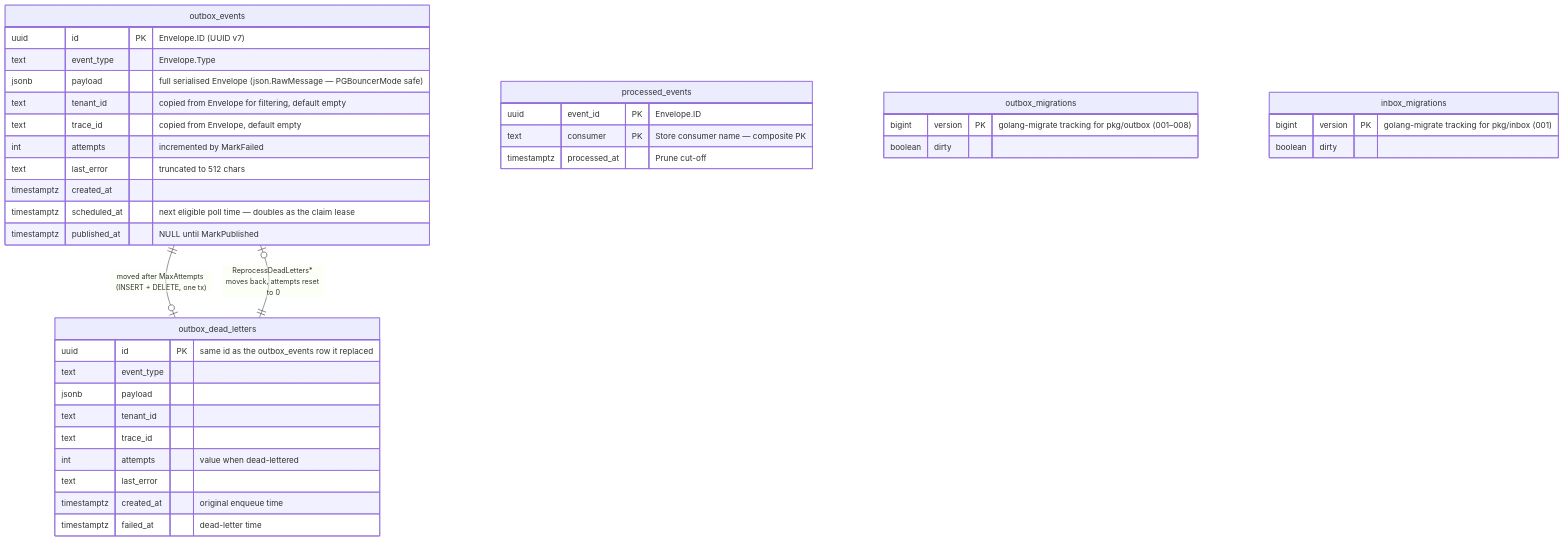
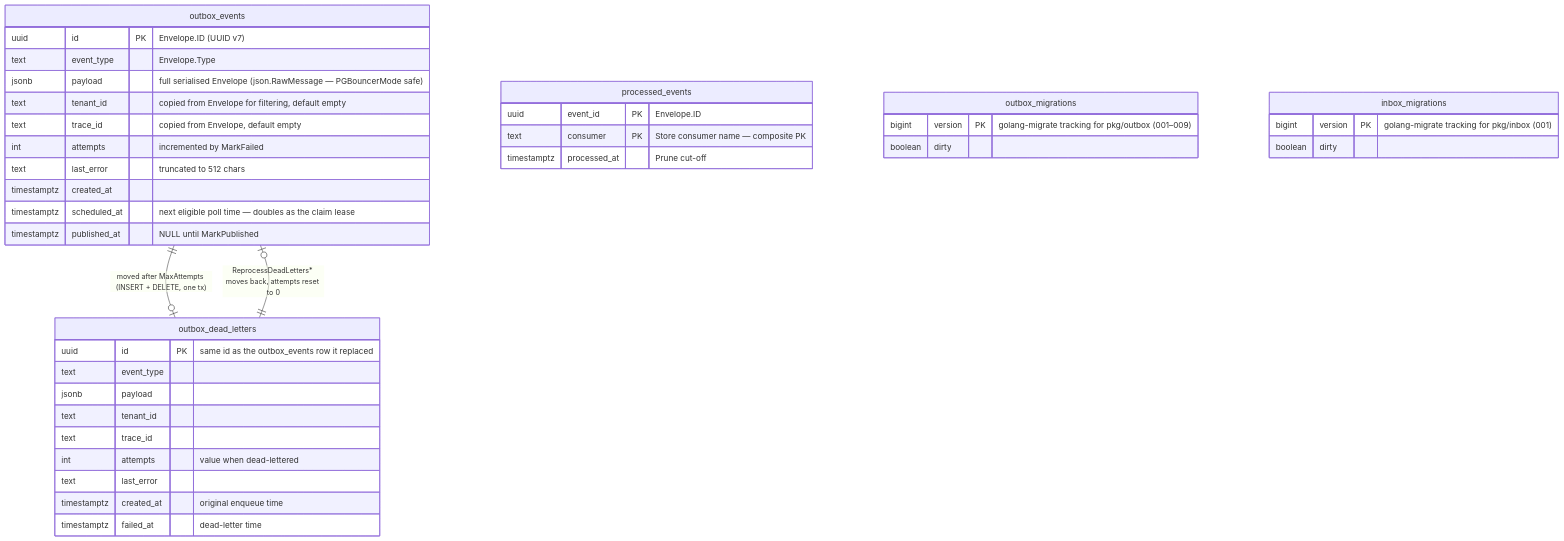
Before and after one commit to BCBP-SOLUTIONS-FZC-LLC/platform-events: the seventh of 13 diagrams in ARCHITECTURE.md, drawn with Mermaid. The commit also changed other lines of this file and 24 other files, not shown here.

````diff
--- a/ARCHITECTURE.md
+++ b/ARCHITECTURE.md
@@ -481,41 +481,41 @@
 ```mermaid
 erDiagram
     outbox_events {
         uuid id PK "Envelope.ID (UUID v7)"
         text event_type "Envelope.Type"
         jsonb payload "full serialised Envelope (json.RawMessage — PGBouncerMode safe)"
         text tenant_id "copied from Envelope for filtering, default empty"
         text trace_id "copied from Envelope, default empty"
         int attempts "incremented by MarkFailed"
         text last_error "truncated to 512 chars"
         timestamptz created_at
         timestamptz scheduled_at "next eligible poll time — doubles as the claim lease"
         timestamptz published_at "NULL until MarkPublished"
     }
     outbox_dead_letters {
         uuid id PK "same id as the outbox_events row it replaced"
         text event_type
         jsonb payload
         text tenant_id
         text trace_id
         int attempts "value when dead-lettered"
         text last_error
         timestamptz created_at "original enqueue time"
         timestamptz failed_at "dead-letter time"
     }
     processed_events {
         uuid event_id PK "Envelope.ID"
         text consumer PK "Store consumer name — composite PK"
         timestamptz processed_at "Prune cut-off"
     }
     outbox_migrations {
-        bigint version PK "golang-migrate tracking for pkg/outbox (001–008)"
+        bigint version PK "golang-migrate tracking for pkg/outbox (001–009)"
         boolean dirty
     }
     inbox_migrations {
         bigint version PK "golang-migrate tracking for pkg/inbox (001)"
         boolean dirty
     }
     outbox_events ||--o| outbox_dead_letters : "moved after MaxAttempts (INSERT + DELETE, one tx)"
     outbox_dead_letters ||--o| outbox_events : "ReprocessDeadLetters* moves back, attempts reset to 0"
 ```
````
